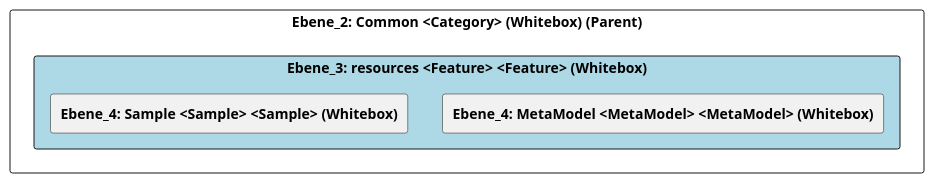
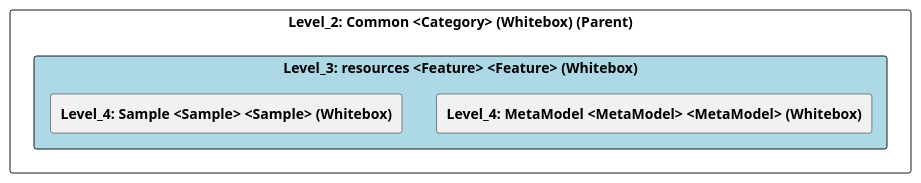
Before and after one commit to marcozwyssig/cleon: the diagram in doc/cleonproject_deliverables_architecture_model_architecture/adoc/de/05_bausteinsicht/cleon/common/resources/ebene_3_resources.adoc, drawn with PlantUML. The commit also changed other lines of this file and 83 other files, not shown here.

```diff
--- a/doc/cleonproject_deliverables_architecture_model_architecture/adoc/de/05_bausteinsicht/cleon/common/resources/ebene_3_resources.adoc
+++ b/doc/cleonproject_deliverables_architecture_model_architecture/adoc/de/05_bausteinsicht/cleon/common/resources/ebene_3_resources.adoc
@@ -20,25 +20,25 @@
-[plantuml, Ebene_3: resources <Feature> <Feature> (Whitebox)BlockOverview, format="svg"]
+[plantuml, Level_3: resources <Feature> <Feature> (Whitebox)BlockOverview, format="svg"]
 ----
-@startuml Ebene_3: resources <Feature> <Feature> (Whitebox)BuildingBlockOverview
+@startuml Level_3: resources <Feature> <Feature> (Whitebox)BuildingBlockOverview
 
 skinparam ranksep 10
 skinparam componentStyle rectangle
 skinparam shadowing false
 skinparam arrowColor lightblue
 skinparam arrowThickness 1.2
 skinparam rectangle {
   BackgroundColor White
   BorderColor #333
   RoundCorner 10
 }
 top to bottom direction
 
-component "Ebene_2: Common <Category> (Whitebox) (Parent)" {
-    component "Ebene_3: resources <Feature> <Feature> (Whitebox)" #lightblue {
-        [**Ebene_4: MetaModel <MetaModel> <MetaModel> (Whitebox)**] as 4A56DE3B_D579_11EE_903E_9F564E4DE07E
-        [**Ebene_4: Sample <Sample> <Sample> (Whitebox)**] as 4A570573_D579_11EE_903E_9F564E4DE07E
+component "Level_2: Common <Category> (Whitebox) (Parent)" {
+    component "Level_3: resources <Feature> <Feature> (Whitebox)" #lightblue {
+        [**Level_4: MetaModel <MetaModel> <MetaModel> (Whitebox)**] as 4A56DE3B_D579_11EE_903E_9F564E4DE07E
+        [**Level_4: Sample <Sample> <Sample> (Whitebox)**] as 4A570573_D579_11EE_903E_9F564E4DE07E
     }
 }
 
 @enduml
 ----
```
